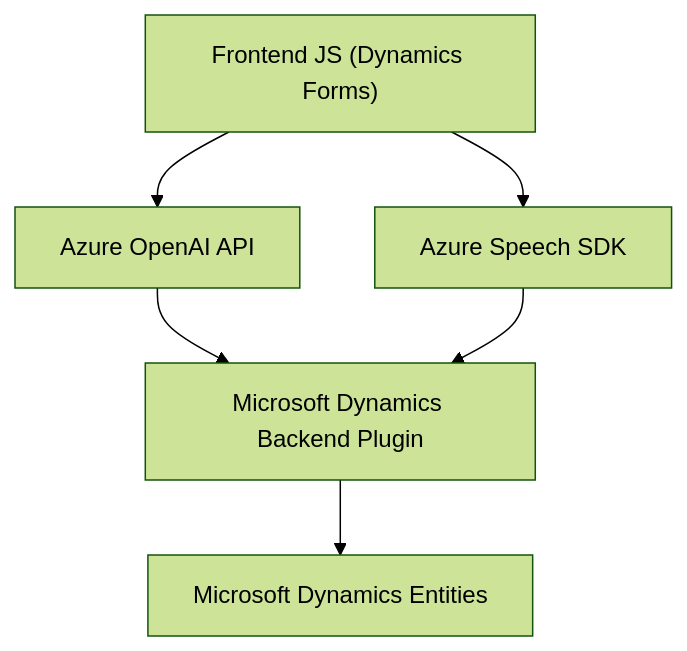
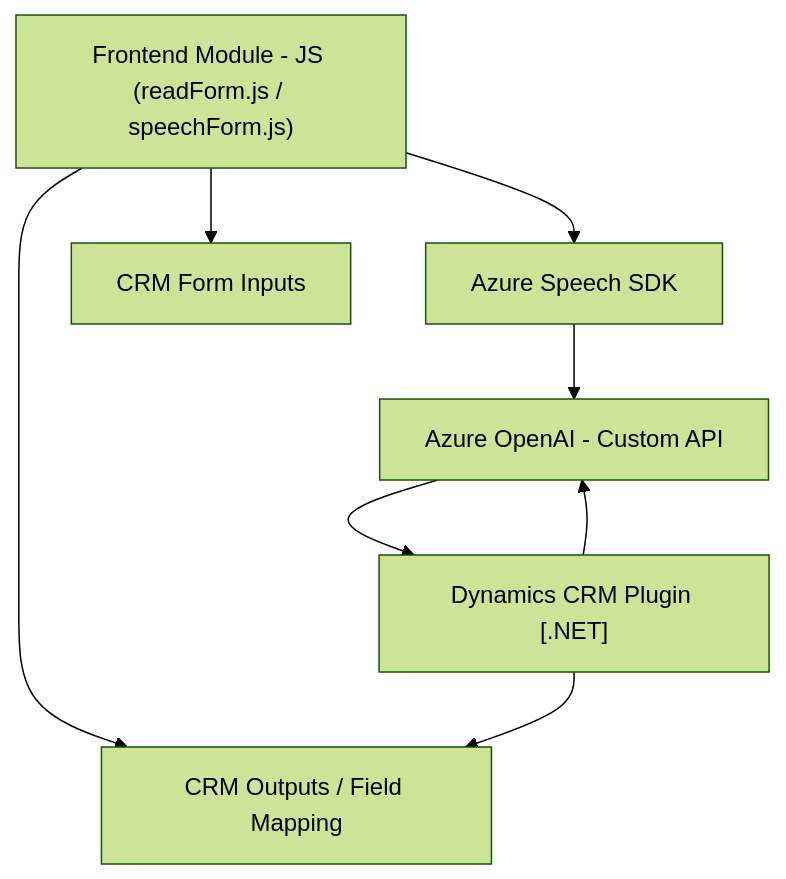
One commit to blopezdm/NETCORE_BILBAO2025 changed the diagram in README.md. Above: the diagram before and after it, drawn with Mermaid (forest theme). The commit also changed other lines of this file, not shown here.

````diff
--- a/README.md
+++ b/README.md
@@ -36,8 +34,17 @@
 ```mermaid
 graph TD
-    A["Frontend JS (Dynamics Forms)"] --> B["Azure Speech SDK"]
-    A --> C["Azure OpenAI API"]
-    C --> D["Microsoft Dynamics Backend Plugin"]
+    A["Frontend Module - JS (readForm.js / speechForm.js)"]
+    B["Azure Speech SDK"]
+    C["Dynamics CRM Plugin [.NET]"]
+    D["Azure OpenAI - Custom API"]
+    E["CRM Form Inputs"]
+    F["CRM Outputs / Field Mapping"]
+
+    A --> B
+    A --> E
+    A --> F
     B --> D
-    D --> E["Microsoft Dynamics Entities"]
+    C --> D
+    C --> F
+    D --> C
 ```
````
